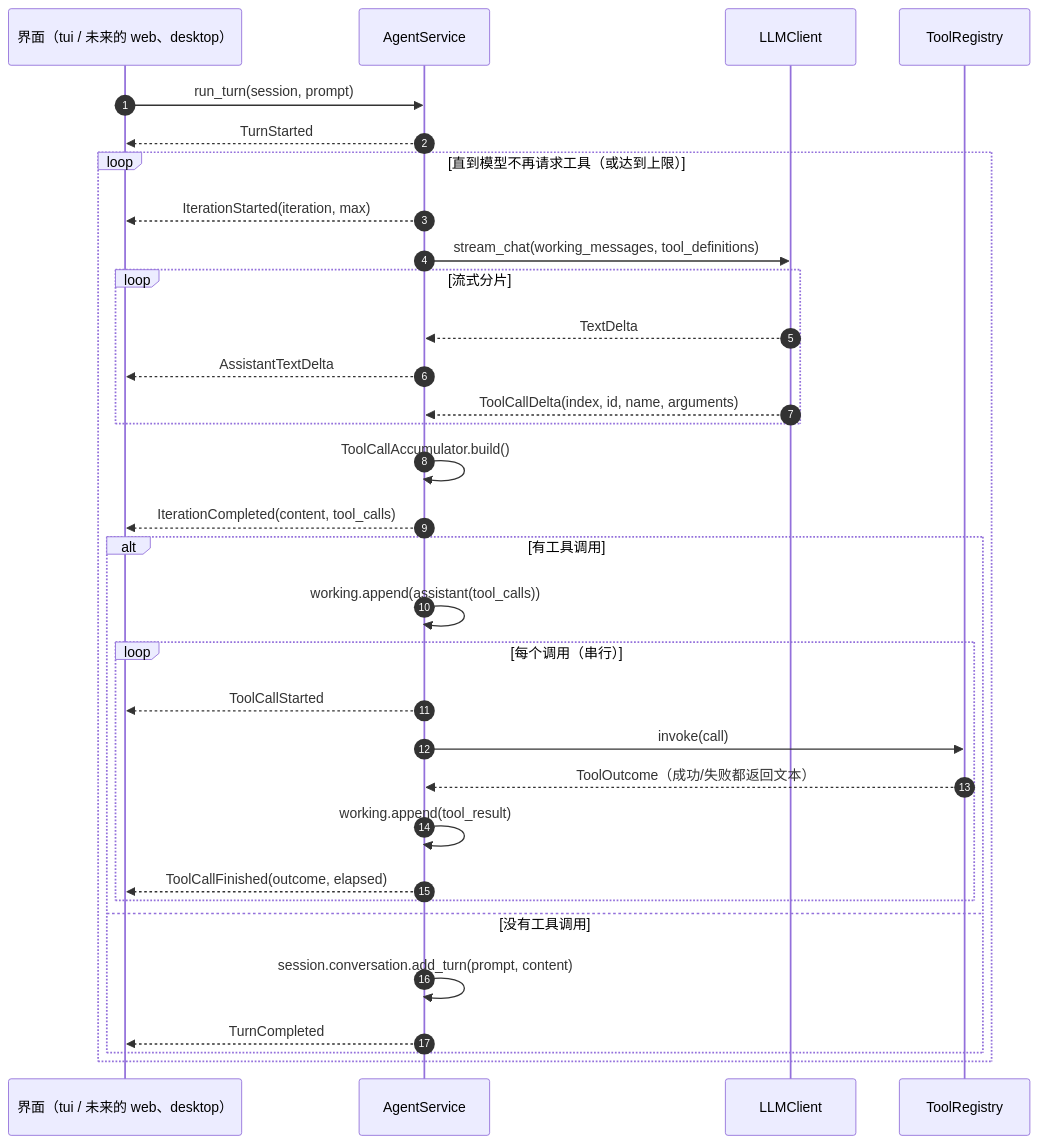
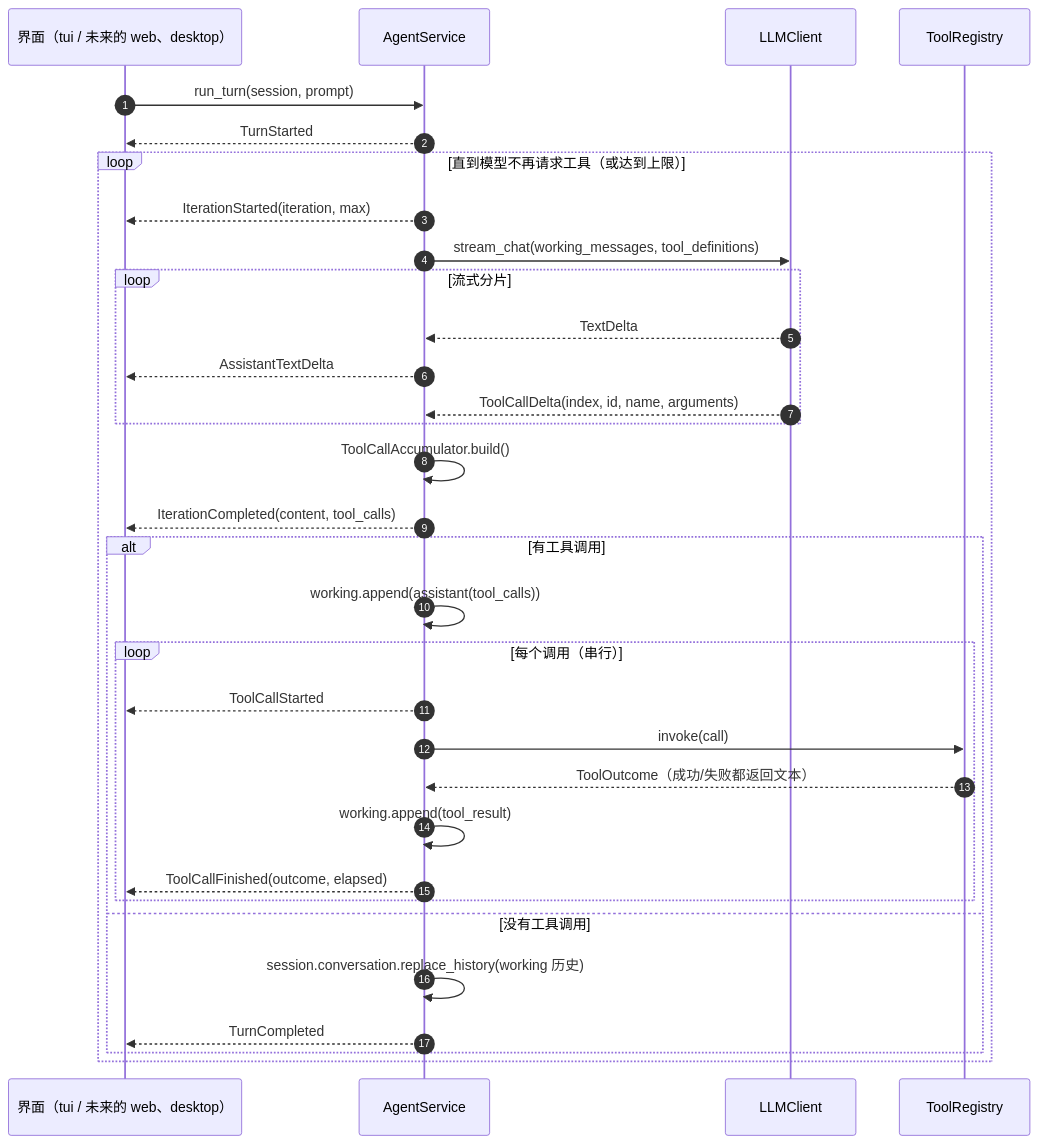
One commit to atfa/LLM-Homework changed the second of 3 diagrams in Agent/xAgent/ARCHITECTURE.md. Above: the diagram before and after it, drawn with Mermaid. The commit also changed other lines of this file and 37 other files, not shown here.

````diff
--- a/Agent/xAgent/ARCHITECTURE.md
+++ b/Agent/xAgent/ARCHITECTURE.md
@@ -86,35 +86,35 @@
 ```mermaid
 sequenceDiagram
     autonumber
     participant UI as 界面（tui / 未来的 web、desktop）
     participant S as AgentService
     participant L as LLMClient
     participant T as ToolRegistry
 
     UI->>S: run_turn(session, prompt)
     S-->>UI: TurnStarted
     loop 直到模型不再请求工具（或达到上限）
         S-->>UI: IterationStarted(iteration, max)
         S->>L: stream_chat(working_messages, tool_definitions)
         loop 流式分片
             L-->>S: TextDelta
             S-->>UI: AssistantTextDelta
             L-->>S: ToolCallDelta(index, id, name, arguments)
         end
         S->>S: ToolCallAccumulator.build()
         S-->>UI: IterationCompleted(content, tool_calls)
         alt 有工具调用
             S->>S: working.append(assistant(tool_calls))
             loop 每个调用（串行）
                 S-->>UI: ToolCallStarted
                 S->>T: invoke(call)
                 T-->>S: ToolOutcome（成功/失败都返回文本）
                 S->>S: working.append(tool_result)
                 S-->>UI: ToolCallFinished(outcome, elapsed)
             end
         else 没有工具调用
-            S->>S: session.conversation.add_turn(prompt, content)
+            S->>S: session.conversation.replace_history(working 历史)
             S-->>UI: TurnCompleted
         end
     end
 ```
````
